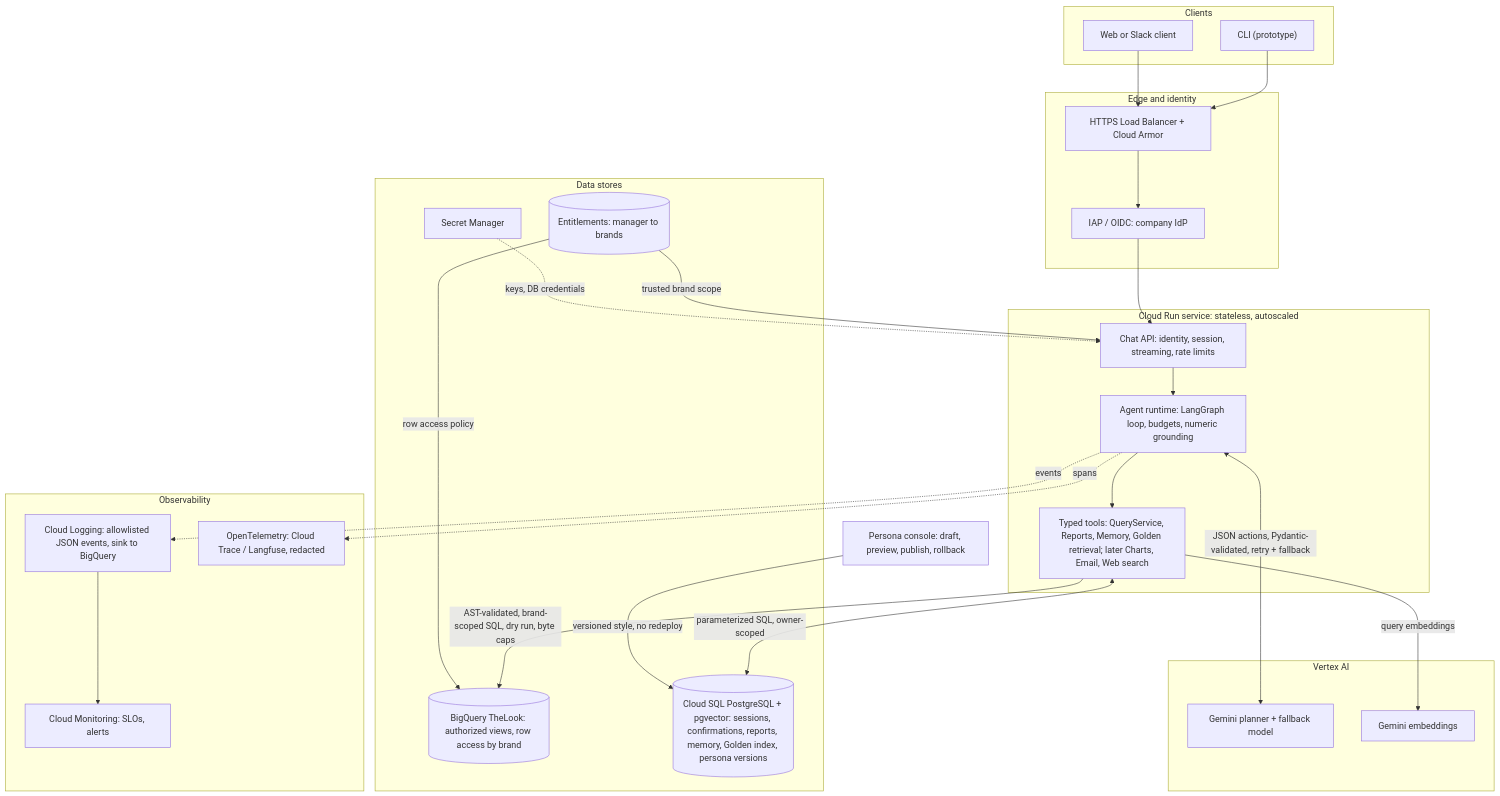
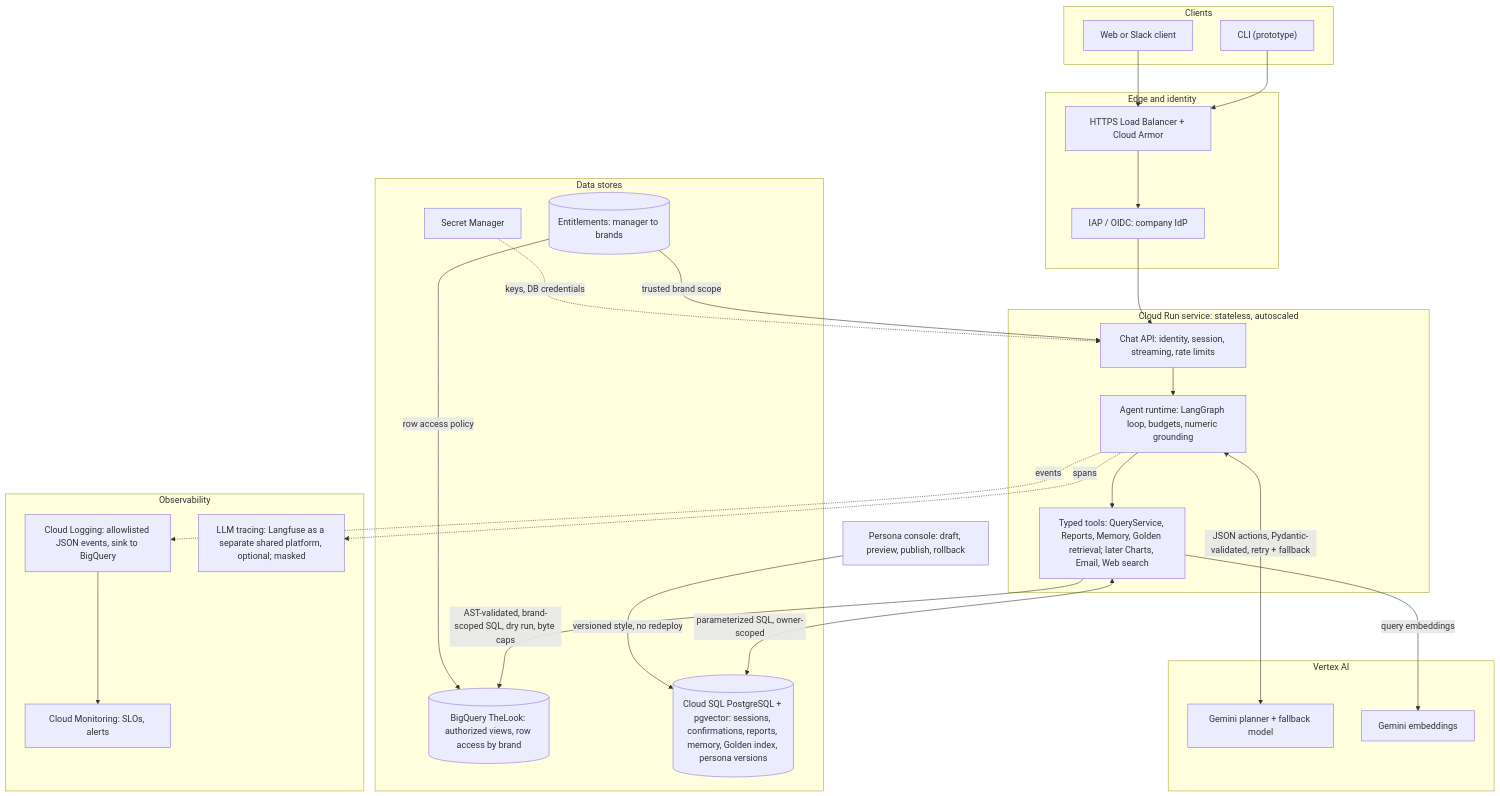
Before and after one commit to BenFruit/opsfleet_retail: the diagram in HLD/production-hld.mmd, drawn with Mermaid. The commit also changed 2 other files, not shown here.

Commit message:
docs: describe Langfuse as a separate shared tracing platform

```diff
--- a/HLD/production-hld.mmd
+++ b/HLD/production-hld.mmd
@@ -1,57 +1,57 @@
 %% PROPOSED production serving architecture on Google Cloud (online path).
 %% Offline Golden ingestion, evaluation gates and feedback mining: learning-loop.mmd.
 %% The prototype implements the agent runtime, typed tools, BigQuery path and
 %% PostgreSQL stores locally behind a CLI with a trusted startup identity.
 flowchart TB
     subgraph Clients["Clients"]
         CLI["CLI (prototype)"]
         WEB["Web or Slack client"]
     end
 
     subgraph Edge["Edge and identity"]
         LB["HTTPS Load Balancer + Cloud Armor"]
         IDP["IAP / OIDC: company IdP"]
     end
 
     subgraph Run["Cloud Run service: stateless, autoscaled"]
         API["Chat API: identity, session, streaming, rate limits"]
         AGENT["Agent runtime: LangGraph loop, budgets, numeric grounding"]
         TOOLS["Typed tools: QueryService, Reports, Memory, Golden retrieval; later Charts, Email, Web search"]
     end
 
     subgraph AI["Vertex AI"]
         GEM["Gemini planner + fallback model"]
         EMB["Gemini embeddings"]
     end
 
     subgraph Data["Data stores"]
         BQ[("BigQuery TheLook: authorized views, row access by brand")]
         PG[("Cloud SQL PostgreSQL + pgvector: sessions, confirmations, reports, memory, Golden index, persona versions")]
         ENT[("Entitlements: manager to brands")]
         SEC["Secret Manager"]
     end
 
     subgraph Ops["Observability"]
         LOGS["Cloud Logging: allowlisted JSON events, sink to BigQuery"]
-        TRACE["OpenTelemetry: Cloud Trace / Langfuse, redacted"]
+        TRACE["LLM tracing: Langfuse as a separate shared platform, optional; masked"]
         MON["Cloud Monitoring: SLOs, alerts"]
     end
 
     PERSONA["Persona console: draft, preview, publish, rollback"]
 
     CLI --> LB
     WEB --> LB
     LB --> IDP --> API
     ENT -->|"trusted brand scope"| API
     SEC -.->|"keys, DB credentials"| API
     API --> AGENT
     AGENT <-->|"JSON actions, Pydantic-validated, retry + fallback"| GEM
     AGENT --> TOOLS
     TOOLS -->|"AST-validated, brand-scoped SQL, dry run, byte caps"| BQ
     ENT -->|"row access policy"| BQ
     TOOLS <-->|"parameterized SQL, owner-scoped"| PG
     TOOLS -->|"query embeddings"| EMB
     PERSONA -->|"versioned style, no redeploy"| PG
     AGENT -.->|"events"| LOGS
     AGENT -.->|"spans"| TRACE
     LOGS --> MON
```
